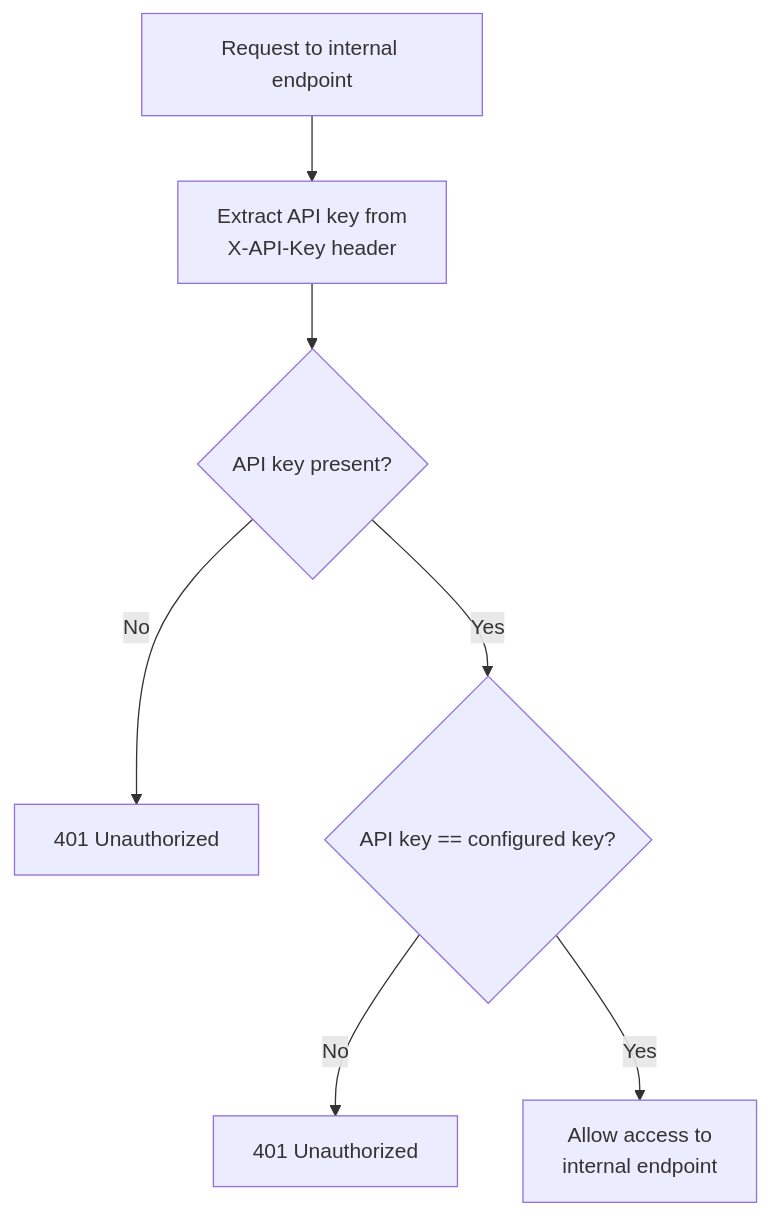
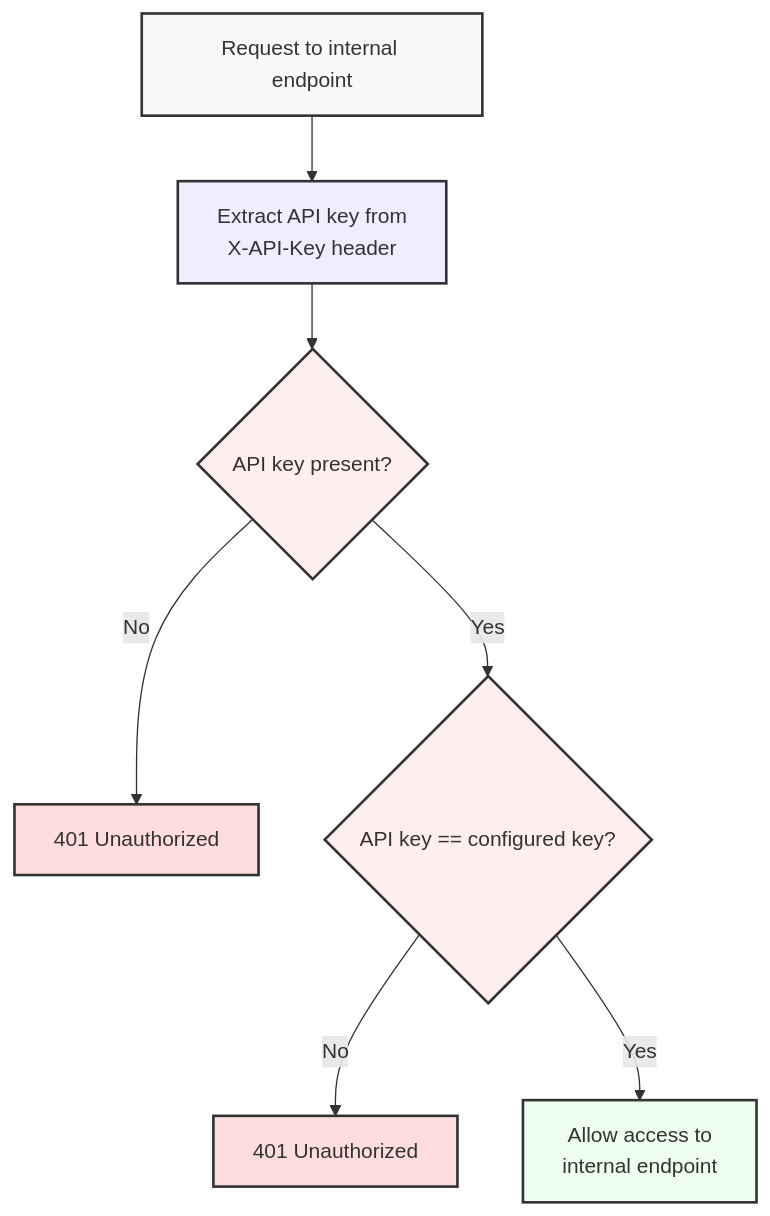
The fifth of 6 diagrams in README.md (AIgen-Solutions-s-r-l/fastapi-auth-service), drawn with Mermaid before and after one commit. The commit also changed other lines of this file, not shown here.

````diff
--- a/README.md
+++ b/README.md
@@ -127,9 +221,17 @@
    ```mermaid
    flowchart TD
        A[Request to internal endpoint] --> B[Extract API key from<br>X-API-Key header]
        B --> C{API key present?}
        C -->|No| D[401 Unauthorized]
        C -->|Yes| E{API key == configured key?}
        E -->|No| F[401 Unauthorized]
        E -->|Yes| G[Allow access to<br>internal endpoint]
+       
+       style A fill:#f9f9f9,stroke:#333,stroke-width:2px
+       style B fill:#eeeeff,stroke:#333,stroke-width:2px
+       style C fill:#ffeeee,stroke:#333,stroke-width:2px
+       style D fill:#ffdddd,stroke:#333,stroke-width:2px
+       style E fill:#ffeeee,stroke:#333,stroke-width:2px
+       style F fill:#ffdddd,stroke:#333,stroke-width:2px
+       style G fill:#eeffee,stroke:#333,stroke-width:2px
    ```
````
